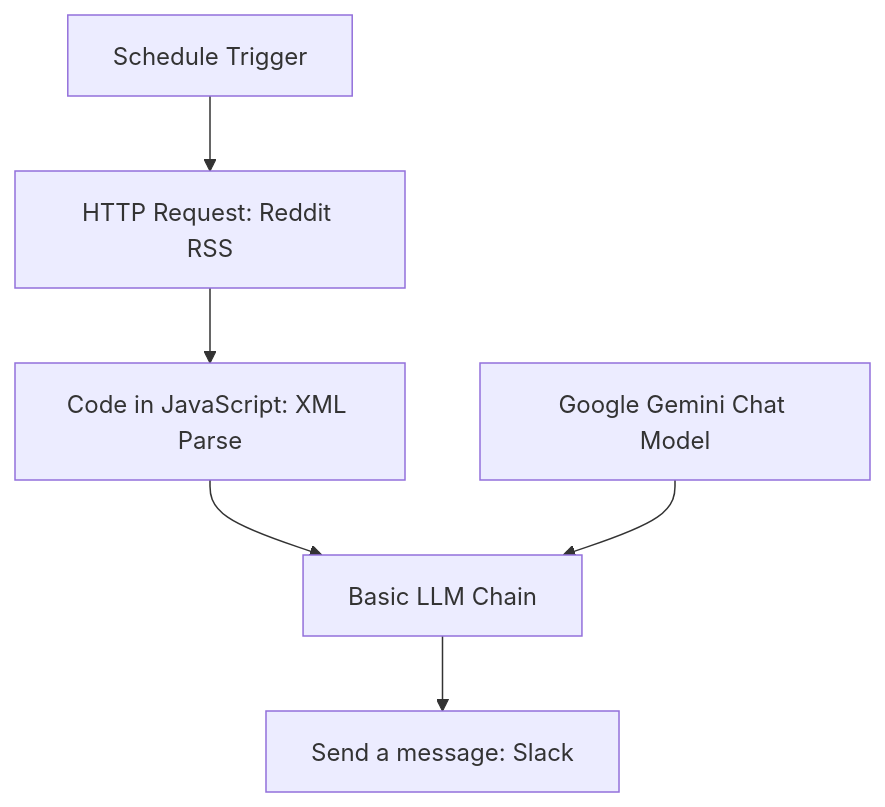
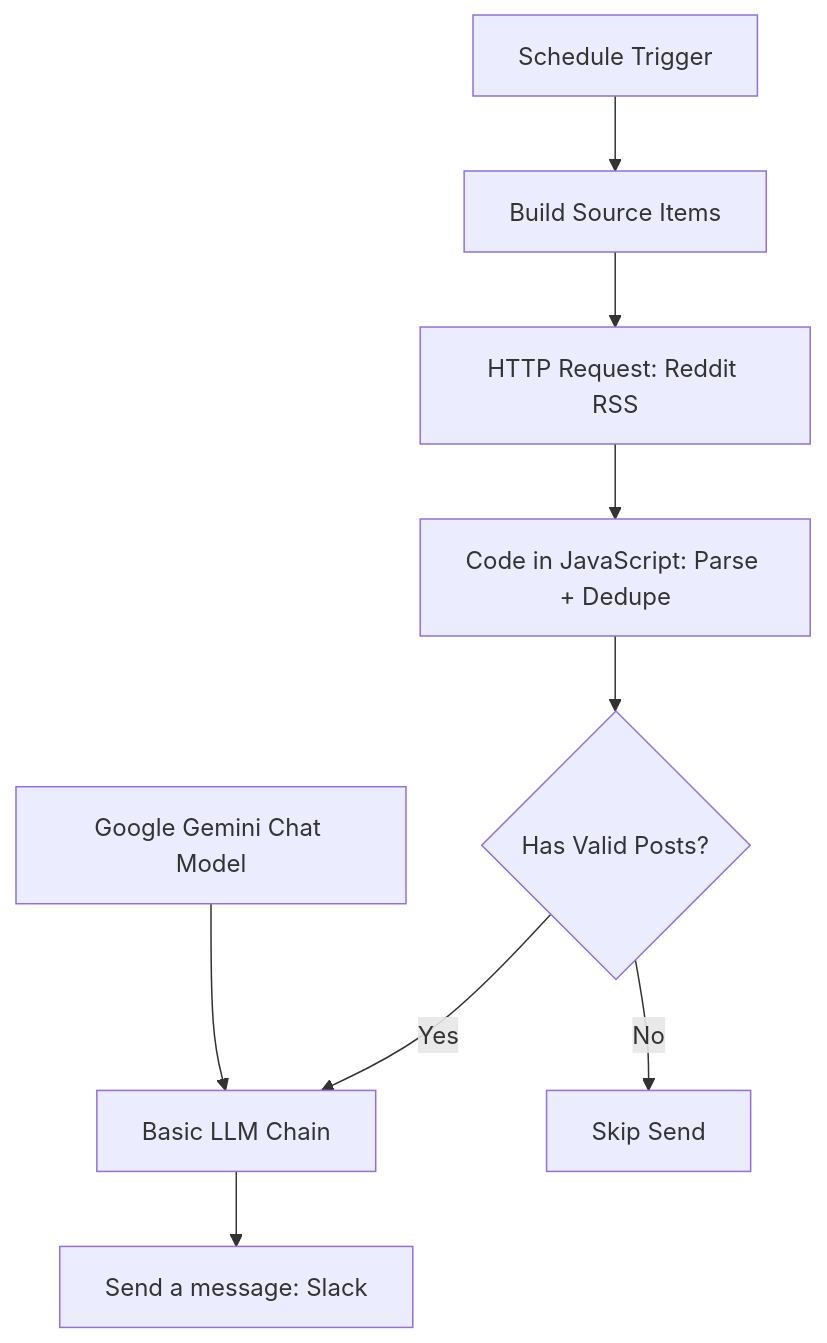
One commit to jeonsavvy/K-Pop-Short-form-Bot changed the diagram in README.md. Above: the diagram before and after it, drawn with Mermaid. The commit also changed other lines of this file and 1 other file, not shown here.

````diff
--- a/README.md
+++ b/README.md
@@ -19,8 +19,11 @@
 ```mermaid
 graph TD
-    A[Schedule Trigger] --> B[HTTP Request: Reddit RSS]
-    B --> C[Code in JavaScript: XML Parse]
-    C --> D[Basic LLM Chain]
-    E[Google Gemini Chat Model] --> D
-    D --> F[Send a message: Slack]
+    A[Schedule Trigger] --> B[Build Source Items]
+    B --> C[HTTP Request: Reddit RSS]
+    C --> D[Code in JavaScript: Parse + Dedupe]
+    D --> E{Has Valid Posts?}
+    E -->|Yes| F[Basic LLM Chain]
+    G[Google Gemini Chat Model] --> F
+    F --> H[Send a message: Slack]
+    E -->|No| I[Skip Send]
 ```
````
